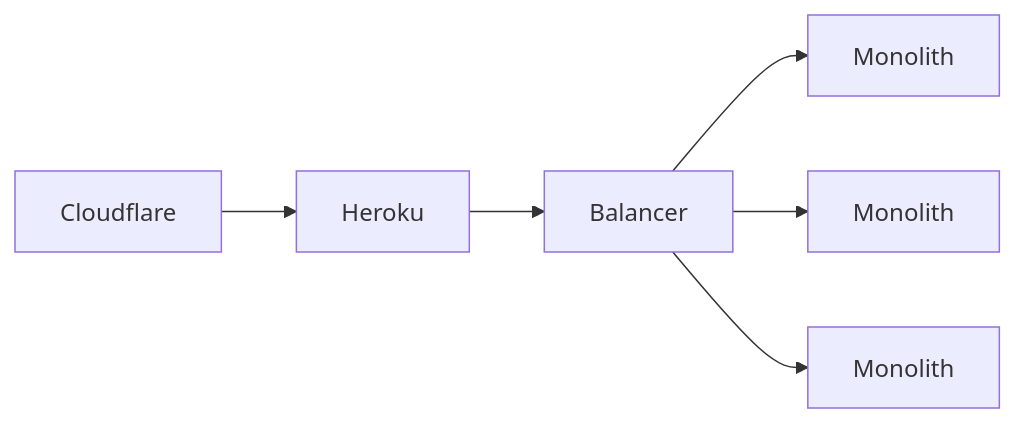
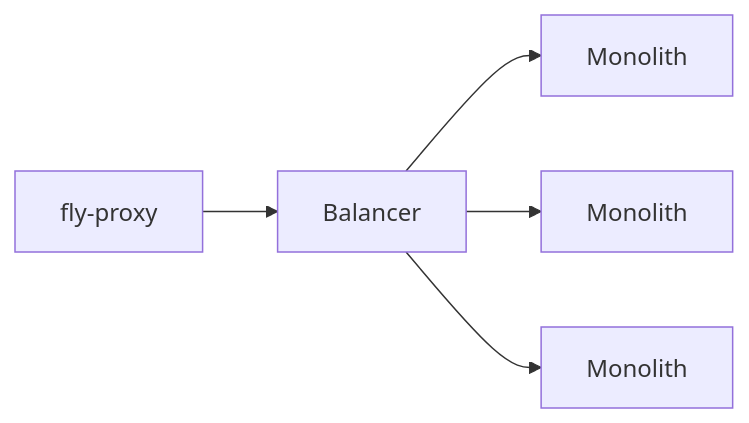
The diagram in figures/api-balancer.mmd (dyc3/senior-design), drawn with Mermaid before and after one commit. The commit also changed 5 other files, not shown here.

First line of the commit message:
update references to heroku to fly, closes #76 (#80)

```diff
--- a/figures/api-balancer.mmd
+++ b/figures/api-balancer.mmd
@@ -1,10 +1,10 @@
 flowchart LR
-    Cloudflare --> Heroku --> Balancer
+    fly-proxy --> Balancer
 
     A[Monolith]
     B[Monolith]
     C[Monolith]
 
     Balancer --> A
     Balancer --> B
     Balancer --> C
```
